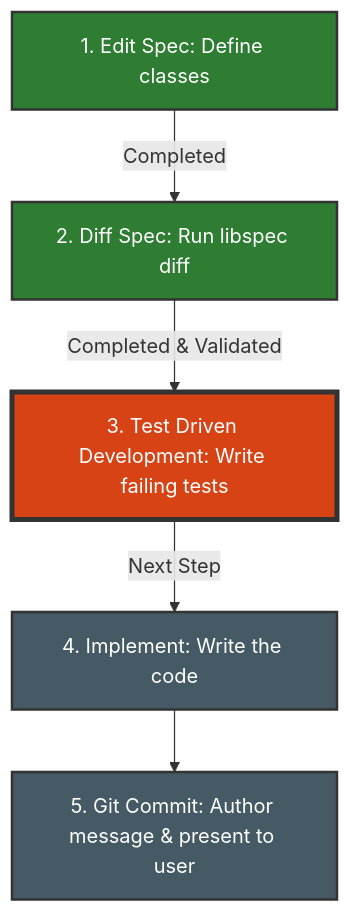
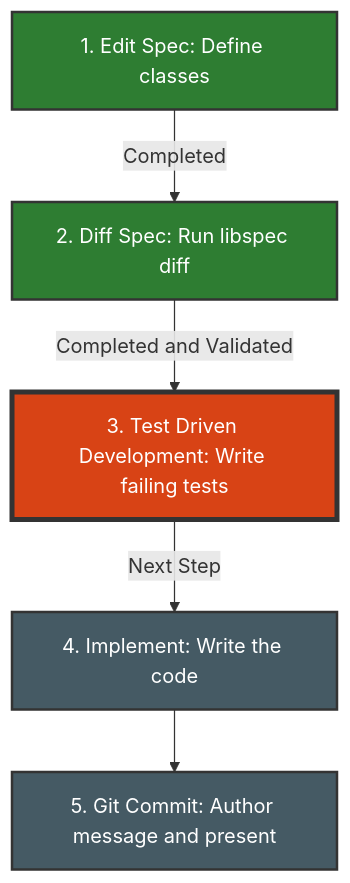
The diagram in docs/fixing-libspec-diff-resolution.md (drhodes/libspec), drawn with Mermaid before and after one commit. The commit also changed 6 other files, not shown here.

Commit message:
fix(docs): resolve mermaid 11 syntax errors across documentation diagrams

````diff
--- a/docs/fixing-libspec-diff-resolution.md
+++ b/docs/fixing-libspec-diff-resolution.md
@@ -826,13 +826,13 @@
 ```mermaid
-graph TD
-    Step1[1. Edit Spec: Define classes] --> |Completed| Step2[2. Diff Spec: Run libspec diff]
-    Step2 --> |Completed & Validated| Step3[3. Test Driven Development: Write failing tests]
-    Step3 --> |Next Step| Step4[4. Implement: Write the code]
-    Step4 --> Step5[5. Git Commit: Author message & present to user]
+flowchart TD
+    Step1["1. Edit Spec: Define classes"] --> |Completed| Step2["2. Diff Spec: Run libspec diff"]
+    Step2 --> |Completed and Validated| Step3["3. Test Driven Development: Write failing tests"]
+    Step3 --> |Next Step| Step4["4. Implement: Write the code"]
+    Step4 --> Step5["5. Git Commit: Author message and present"]
 
     style Step1 fill:#2e7d32,stroke:#333,stroke-width:2px,color:#fff
     style Step2 fill:#2e7d32,stroke:#333,stroke-width:2px,color:#fff
     style Step3 fill:#d84315,stroke:#333,stroke-width:4px,color:#fff
     style Step4 fill:#455a64,stroke:#333,stroke-width:2px,color:#fff
     style Step5 fill:#455a64,stroke:#333,stroke-width:2px,color:#fff
 ```
````
